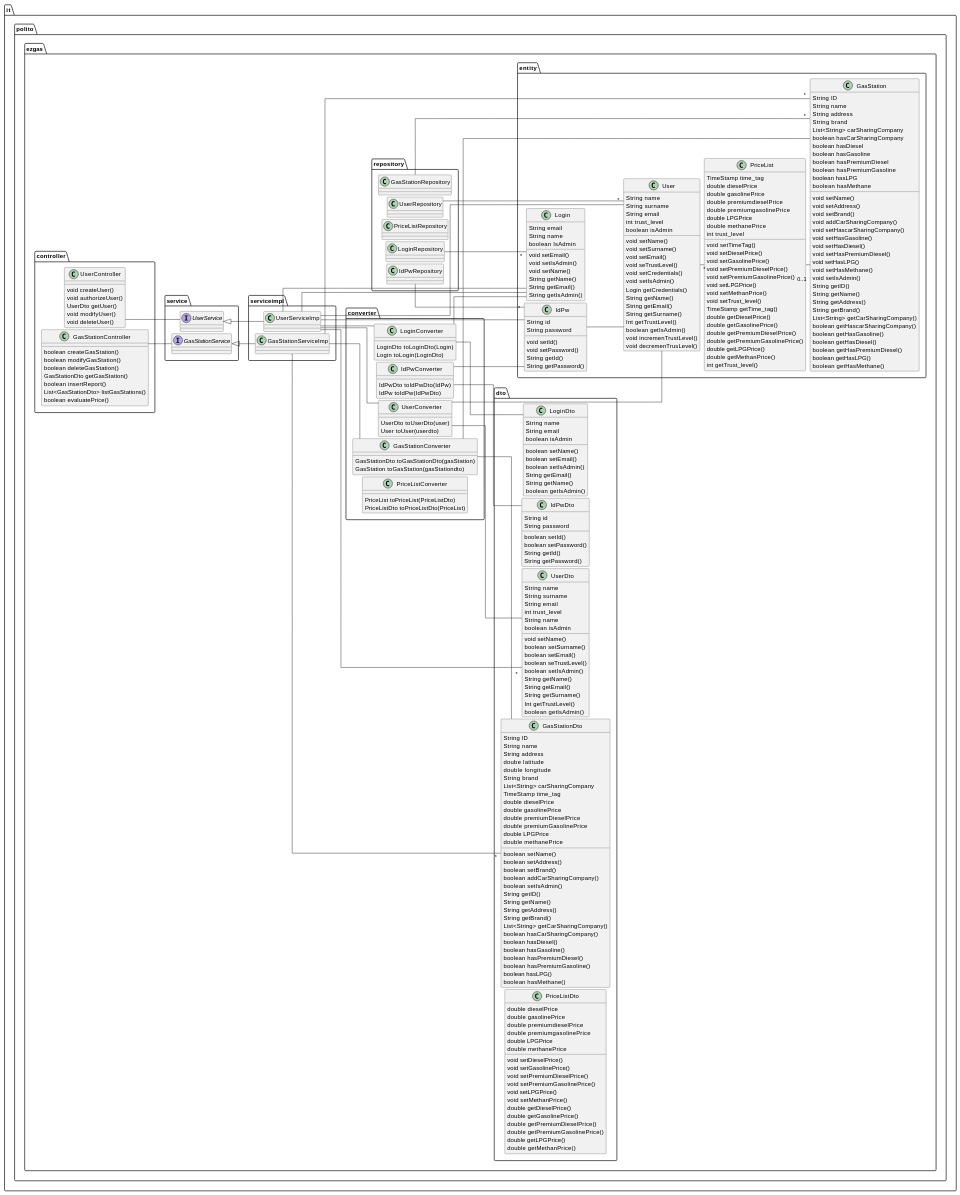
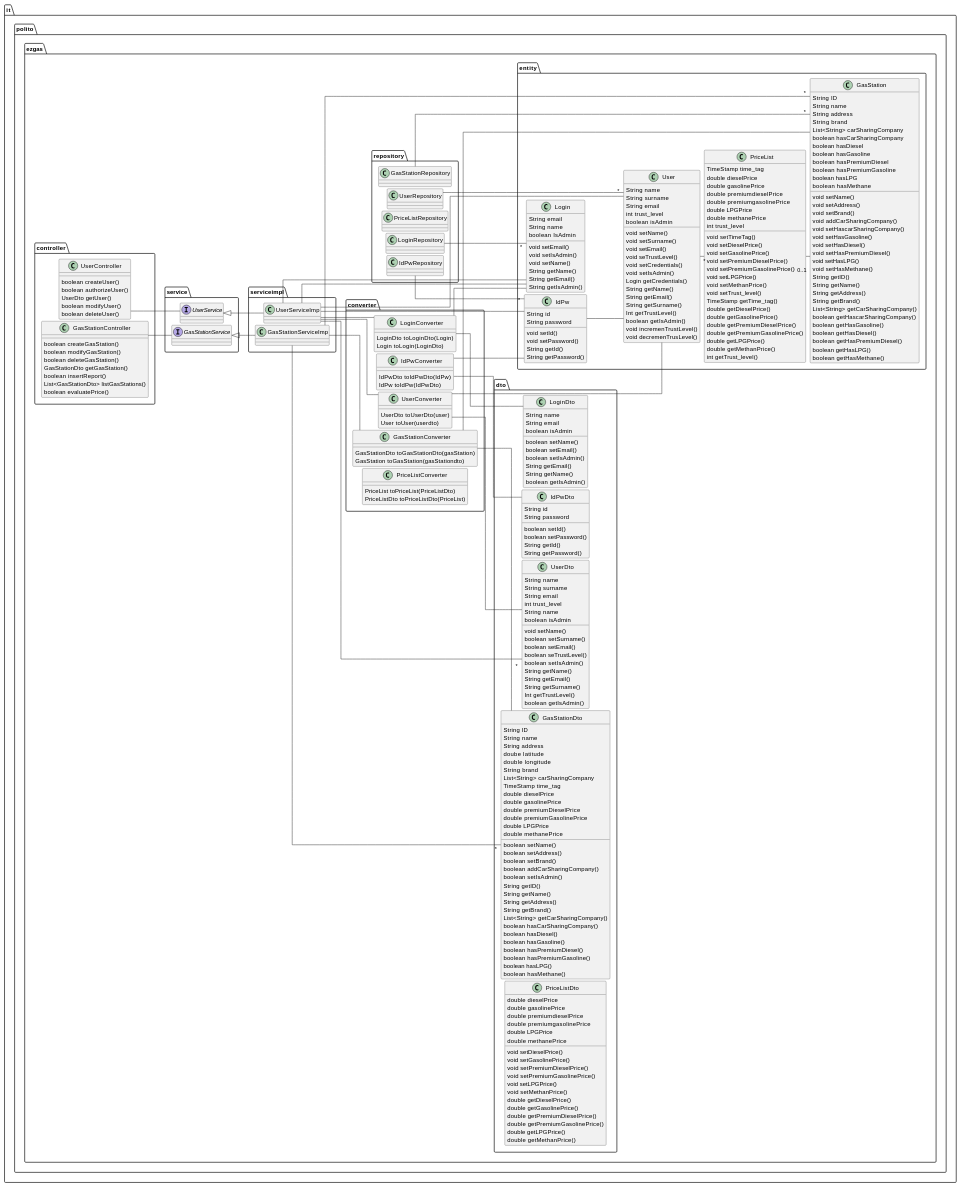
Before and after one commit to CangaRouter/ExGas: the fourth of 13 diagrams in docs/DesignDocument.md, drawn with PlantUML. The commit also changed other lines of this file, not shown here.

Commit message:
docs: fix sequence diagrams

```diff
--- a/docs/DesignDocument.md
+++ b/docs/DesignDocument.md
@@ -230,11 +230,11 @@
 skinparam ranksep 10
 Package it.polito.ezgas.controller{
 Class UserController{
-    void createUser()
-    void authorizeUser()
+    boolean createUser()
+    boolean authorizeUser()
     UserDto getUser()
-    void modifyUser()
-    void deleteUser()
+    boolean modifyUser()
+    boolean deleteUser()
 }
 Class GasStationController{
     boolean createGasStation()
@@ -349,7 +349,6 @@
  void setHasPremiumDiesel()
  void setHasLPG()
  void setHasMethane()
- void setIsAdmin()
  String getID()
  String getName()
  String getAddress()
```
